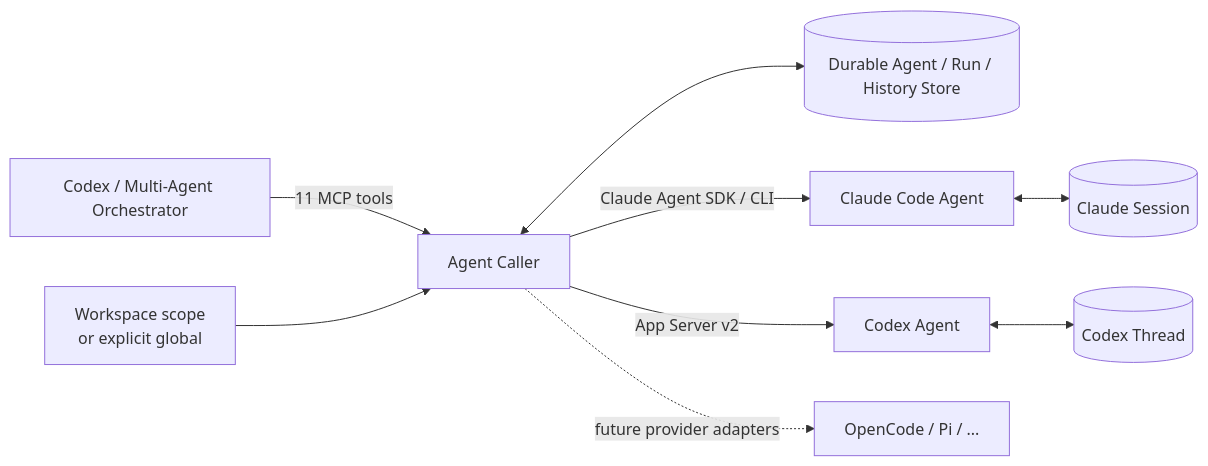
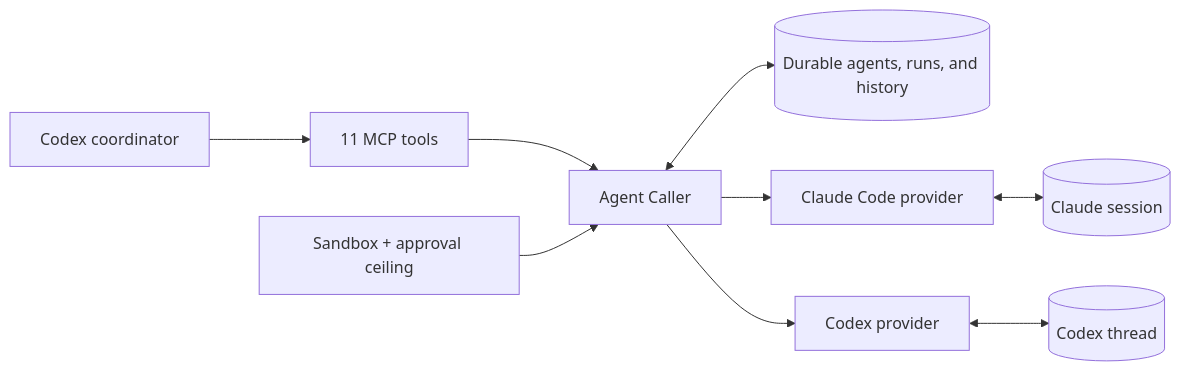
Before and after one commit to Johnny-xuan/Agent-Caller: the diagram in README.md, drawn with Mermaid. The commit also changed other lines of this file and 2 other files, not shown here.

Commit message:
Rewrite README around durable orchestration

````diff
--- a/README.md
+++ b/README.md
@@ -28,14 +128,14 @@
 ```mermaid
 flowchart LR
-    Lead["Codex / Multi-Agent Orchestrator"] -->|"11 MCP tools"| Hub["Agent Caller"]
+    Lead["Codex coordinator"] --> MCP["11 MCP tools"]
+    MCP --> Caller["Agent Caller"]
 
-    Scope["Workspace scope<br/>or explicit global"] --> Hub
-    Hub <--> Store[("Durable Agent / Run / History Store")]
+    Policy["Sandbox + approval ceiling"] --> Caller
+    Caller <--> Store[("Durable agents, runs, and history")]
 
-    Hub -->|"Claude Agent SDK / CLI"| Claude["Claude Code Agent"]
-    Hub -->|"App Server v2"| CodexAgent["Codex Agent"]
-    Hub -.->|future provider adapters| Future["OpenCode / Pi / ..."]
+    Caller --> ClaudeAdapter["Claude Code provider"]
+    Caller --> CodexAdapter["Codex provider"]
 
-    Claude <--> ClaudeSession[("Claude Session")]
-    CodexAgent <--> CodexThread[("Codex Thread")]
+    ClaudeAdapter <--> ClaudeSession[("Claude session")]
+    CodexAdapter <--> CodexThread[("Codex thread")]
 ```
````
